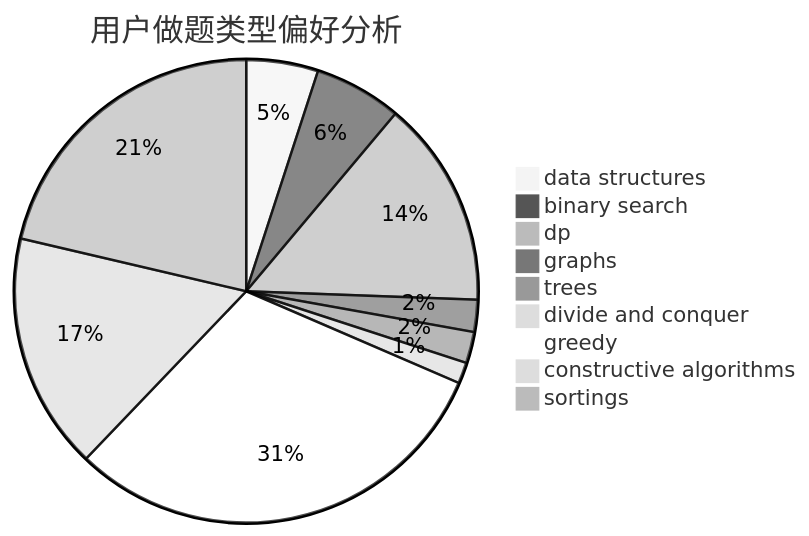
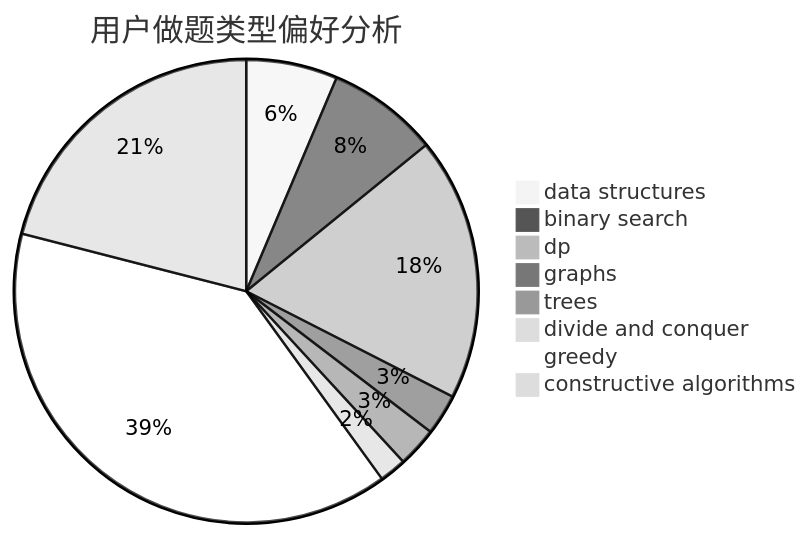
Before and after one commit to sherpahu/cfrs.github.io: the second of 3 diagrams in docs/user/u25.md, drawn with Mermaid (neutral theme). The commit also changed other lines of this file and 2769 other files, not shown here.

````diff
--- a/docs/user/u25.md
+++ b/docs/user/u25.md
@@ -18,12 +18,11 @@
 ```mermaid
 pie title 用户做题类型偏好分析
     "data structures" :  78
     "binary search" :  95
     "dp" :  225
     "graphs" :  35
     "trees" :  34
     "divide and conquer" :  23
     "greedy" :  477
     "constructive algorithms" :  257
-    "sortings" :  332
 ```
````
